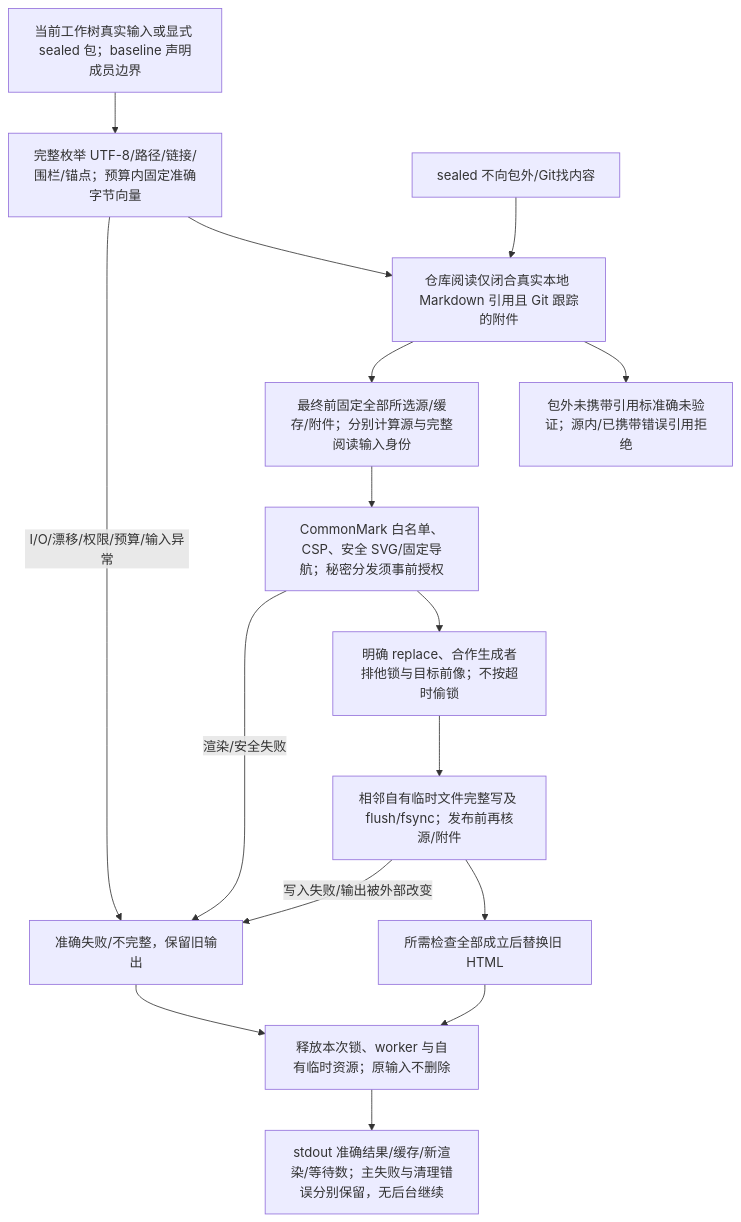
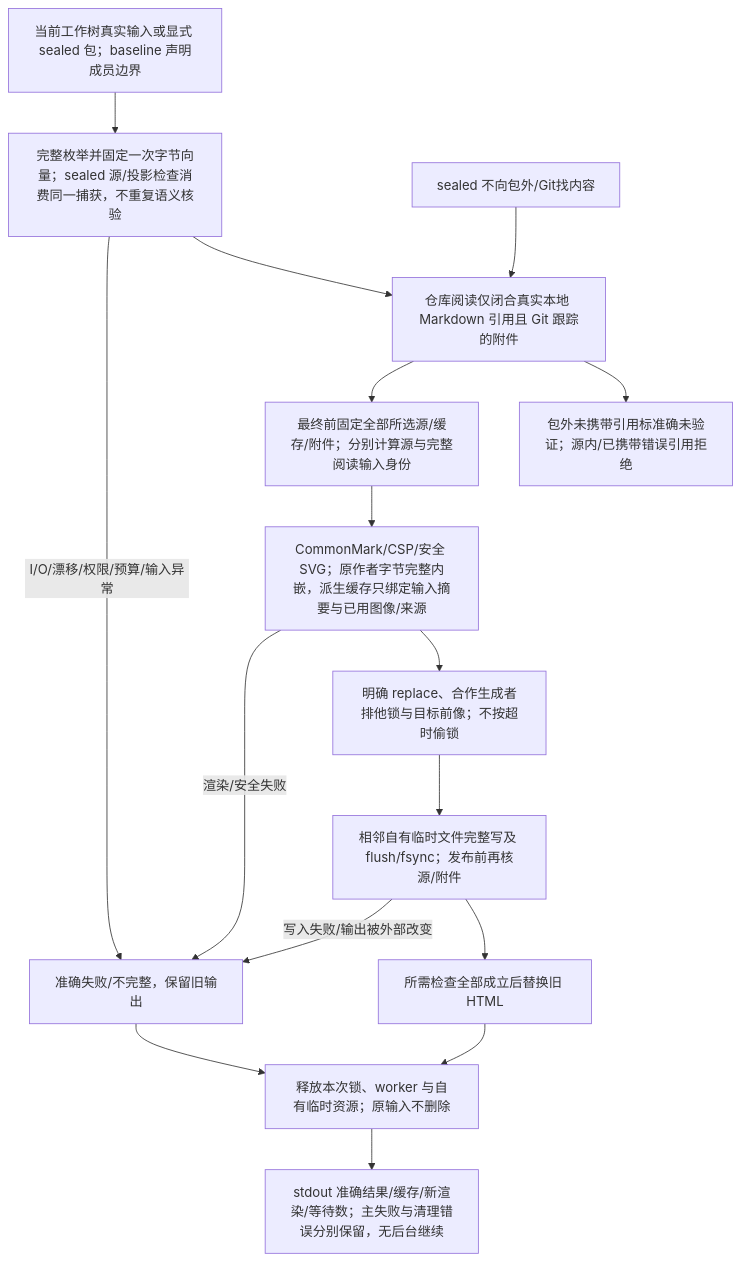
Before and after one commit to sec-platform/sec: the third of 3 diagrams in docs/维护/阅读构建.md, drawn with Mermaid. The commit also changed other lines of this file and 118 other files, not shown here.

````diff
--- a/docs/维护/阅读构建.md
+++ b/docs/维护/阅读构建.md
@@ -136,18 +139,18 @@
 ```mermaid
 flowchart TD
-  input["当前工作树真实输入或显式 sealed 包；baseline 声明成员边界"] --> census["完整枚举 UTF-8/路径/链接/围栏/锚点；预算内固定准确字节向量"]
+  input["当前工作树真实输入或显式 sealed 包；baseline 声明成员边界"] --> census["完整枚举并固定一次字节向量；sealed 源/投影检查消费同一捕获，不重复语义核验"]
   census --> refs["仓库阅读仅闭合真实本地 Markdown 引用且 Git 跟踪的附件"]
   sealed["sealed 不向包外/Git找内容"] --> refs
   refs --> missing["包外未携带引用标准确未验证；源内/已携带错误引用拒绝"]
   refs --> snapshot["最终前固定全部所选源/缓存/附件；分别计算源与完整阅读输入身份"]
-  snapshot --> safe["CommonMark 白名单、CSP、安全 SVG/固定导航；秘密分发须事前授权"]
+  snapshot --> safe["CommonMark/CSP/安全 SVG；原作者字节完整内嵌，派生缓存只绑定输入摘要与已用图像/来源"]
   safe --> preimage["明确 replace、合作生成者排他锁与目标前像；不按超时偷锁"]
   preimage --> temp["相邻自有临时文件完整写及 flush/fsync；发布前再核源/附件"]
   temp --> replace["所需检查全部成立后替换旧 HTML"]
   census -->|I/O/漂移/权限/预算/输入异常| fail["准确失败/不完整，保留旧输出"]
   safe -->|渲染/安全失败| fail
   temp -->|写入失败/输出被外部改变| fail
   replace --> release["释放本次锁、worker 与自有临时资源；原输入不删除"]
   fail --> release
   release --> result["stdout 准确结果/缓存/新渲染/等待数；主失败与清理错误分别保留，无后台继续"]
 ```
````
